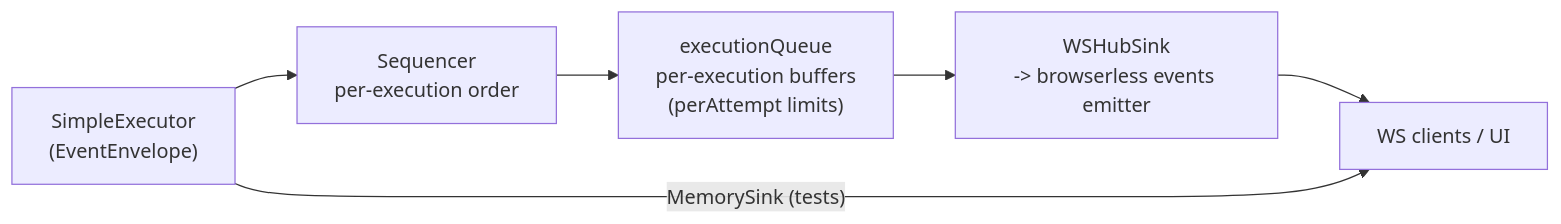
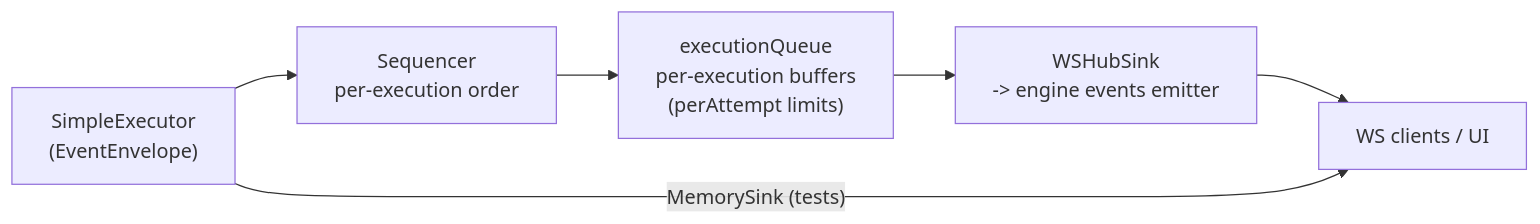
The diagram in scenarios/browser-automation-studio/api/automation/events/README.md (Vrooli/Vrooli), drawn with Mermaid before and after one commit. The commit also changed 80 other files, not shown here.

````diff
--- a/scenarios/browser-automation-studio/api/automation/events/README.md
+++ b/scenarios/browser-automation-studio/api/automation/events/README.md
@@ -13,11 +13,11 @@
 ```mermaid
 flowchart LR
     Executor["SimpleExecutor\n(EventEnvelope)"]
     Sequencer["Sequencer\nper-execution order"]
     Queue["executionQueue\nper-execution buffers\n(perAttempt limits)"]
-    Sink["WSHubSink\n-> browserless events emitter"]
+    Sink["WSHubSink\n-> engine events emitter"]
     UI["WS clients / UI"]
 
     Executor --> Sequencer --> Queue --> Sink --> UI
     Executor -->|"MemorySink (tests)"| UI
 ```
````
